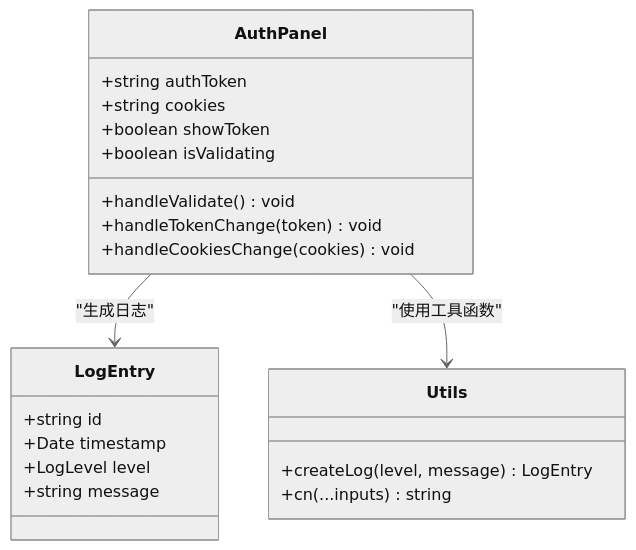
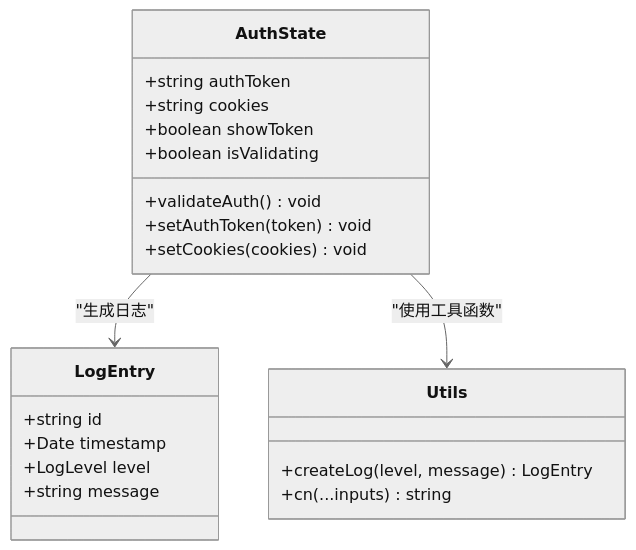
Before and after one commit to 16499259-oss/GLM-sniper: the third of 8 diagrams in .qoder/repowiki/zh/content/项目概述/核心功能特性/用户认证管理.md, drawn with Mermaid (neutral theme). The commit also changed other lines of this file and 9 other files, not shown here.

````diff
--- a/.qoder/repowiki/zh/content/项目概述/核心功能特性/用户认证管理.md
+++ b/.qoder/repowiki/zh/content/项目概述/核心功能特性/用户认证管理.md
@@ -165,24 +116,24 @@
 ```mermaid
 classDiagram
-class AuthPanel {
+class AuthState {
 +string authToken
 +string cookies
 +boolean showToken
 +boolean isValidating
-+handleValidate() void
-+handleTokenChange(token) void
-+handleCookiesChange(cookies) void
++validateAuth() void
++setAuthToken(token) void
++setCookies(cookies) void
 }
 class LogEntry {
 +string id
 +Date timestamp
 +LogLevel level
 +string message
 }
 class Utils {
 +createLog(level, message) LogEntry
 +cn(...inputs) string
 }
-AuthPanel --> LogEntry : "生成日志"
-AuthPanel --> Utils : "使用工具函数"
+AuthState --> LogEntry : "生成日志"
+AuthState --> Utils : "使用工具函数"
 ```
````
